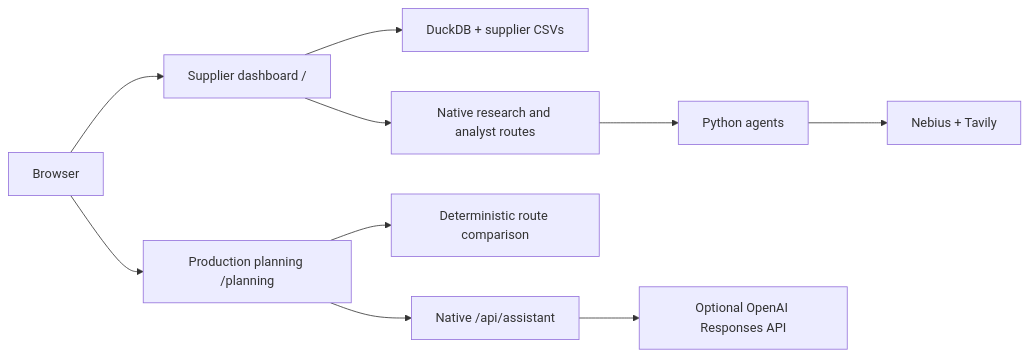
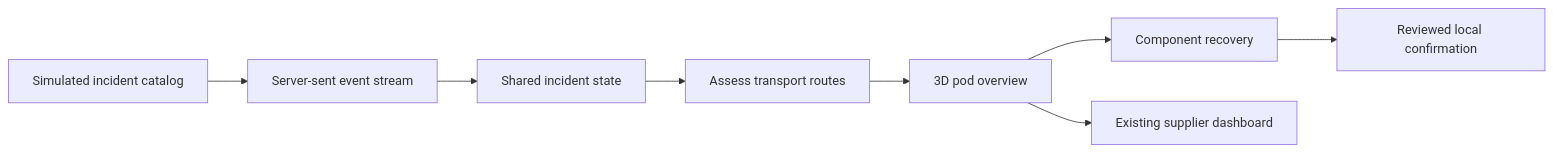
Before and after one commit to Sy-D/openai-devday-hackathon-oct-berlin: the diagram in README.md, drawn with Mermaid. The commit also changed other lines of this file and 57 other files, not shown here.

Commit message:
Add DSX delivery overview, disruption recovery and shared UI template

````diff
--- a/README.md
+++ b/README.md
@@ -10,12 +12,10 @@
 ```mermaid
 flowchart LR
-  Browser --> Dashboard[Supplier dashboard /]
-  Browser --> Planner[Production planning /planning]
-  Dashboard --> Data[DuckDB + supplier CSVs]
-  Dashboard --> Research[Native research and analyst routes]
-  Research --> Python[Python agents]
-  Python --> Suppliers[Nebius + Tavily]
-  Planner --> Engine[Deterministic route comparison]
-  Planner --> Assistant[Native /api/assistant]
-  Assistant --> OpenAI[Optional OpenAI Responses API]
+  Events[Simulated incident catalog] --> SSE[Server-sent event stream]
+  SSE --> State[Shared incident state]
+  State --> Routes[Assess transport routes]
+  Routes --> Model[3D pod overview]
+  Model --> Detail[Component recovery]
+  Detail --> Decision[Reviewed local confirmation]
+  Model --> Suppliers[Existing supplier dashboard]
 ```
````
